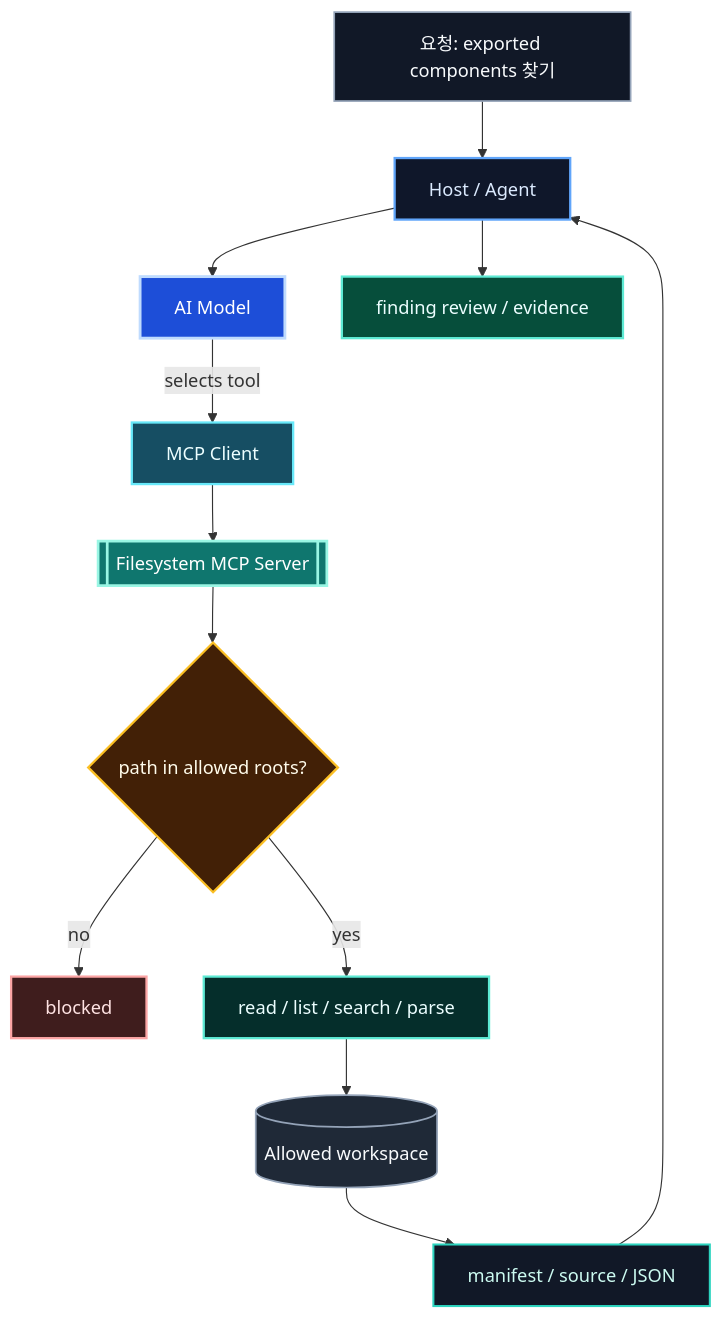
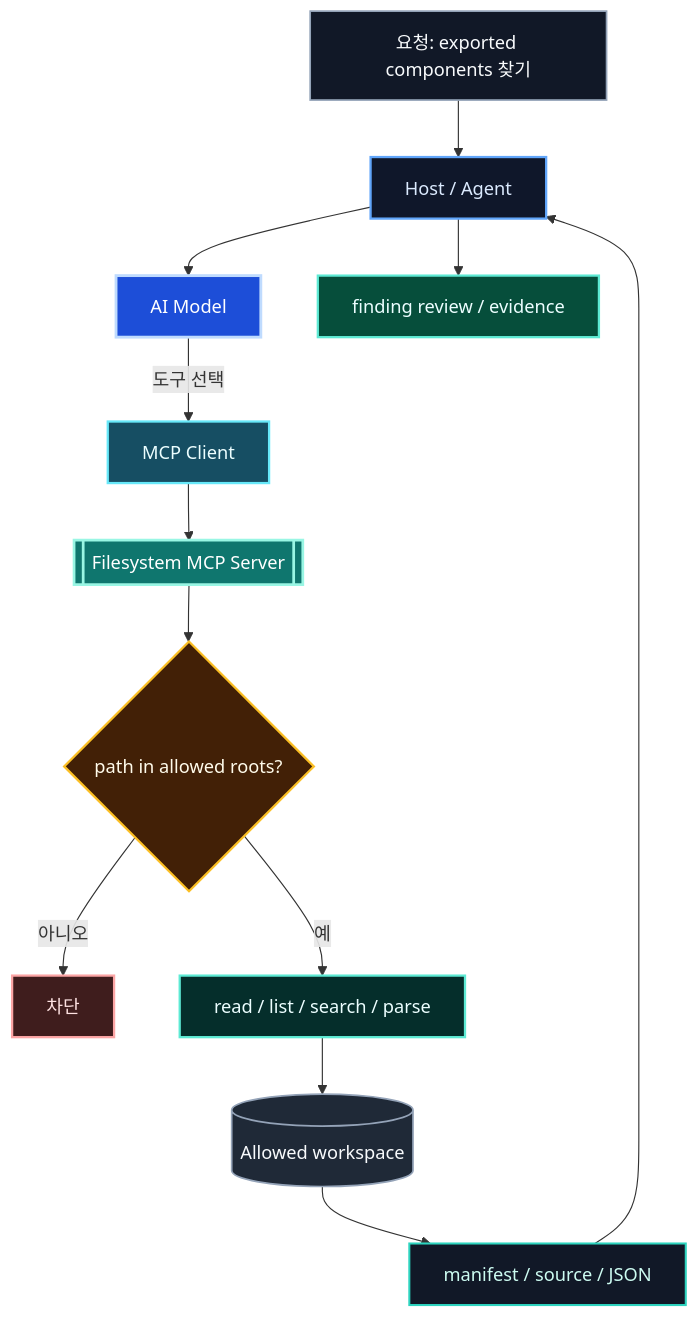
The fifth of 14 diagrams in content/decks/ai-agent-effective-use/mermaid-diagrams.md (koalav/present-anyything), drawn with Mermaid before and after one commit. The commit also changed other lines of this file and 19 other files, not shown here.

````diff
--- a/content/decks/ai-agent-effective-use/mermaid-diagrams.md
+++ b/content/decks/ai-agent-effective-use/mermaid-diagrams.md
@@ -128,25 +106,25 @@
 ```mermaid
 flowchart TB
   Request["요청: exported components 찾기"]:::input --> Host["Host / Agent"]:::host
   Host --> Model["AI Model"]:::model
-  Model -->|selects tool| Client["MCP Client"]:::client
+  Model -->|도구 선택| Client["MCP Client"]:::client
   Client --> Server[["Filesystem MCP Server"]]:::server
   Server --> Guard{"path in allowed roots?"}:::guard
-  Guard -->|no| Denied["blocked"]:::deny
-  Guard -->|yes| Ops["read / list / search / parse"]:::tool
+  Guard -->|아니오| Denied["차단"]:::deny
+  Guard -->|예| Ops["read / list / search / parse"]:::tool
   Ops --> Workspace[("Allowed workspace")]:::fs
   Workspace --> Result["manifest / source / JSON"]:::result
   Result --> Host
   Host --> Verify["finding review / evidence"]:::success
   classDef input fill:#111827,stroke:#94a3b8,color:#f8fafc,stroke-width:1.5px;
   classDef host fill:#0f172a,stroke:#60a5fa,color:#dbeafe,stroke-width:2px;
   classDef model fill:#1d4ed8,stroke:#bfdbfe,color:#ffffff,stroke-width:2.5px;
   classDef client fill:#164e63,stroke:#67e8f9,color:#ecfeff,stroke-width:2px;
   classDef server fill:#0f766e,stroke:#99f6e4,color:#ffffff,stroke-width:2.4px;
   classDef guard fill:#422006,stroke:#fbbf24,color:#fffbeb,stroke-width:2px;
   classDef deny fill:#3f1d1d,stroke:#fca5a5,color:#fee2e2,stroke-width:2px;
   classDef tool fill:#052e2b,stroke:#5eead4,color:#ecfeff,stroke-width:2px;
   classDef fs fill:#1f2937,stroke:#94a3b8,color:#f8fafc,stroke-width:1.5px;
   classDef result fill:#111827,stroke:#2dd4bf,color:#ccfbf1,stroke-width:1.8px;
   classDef success fill:#064e3b,stroke:#5eead4,color:#ecfeff,stroke-width:2px;
 ```
````
